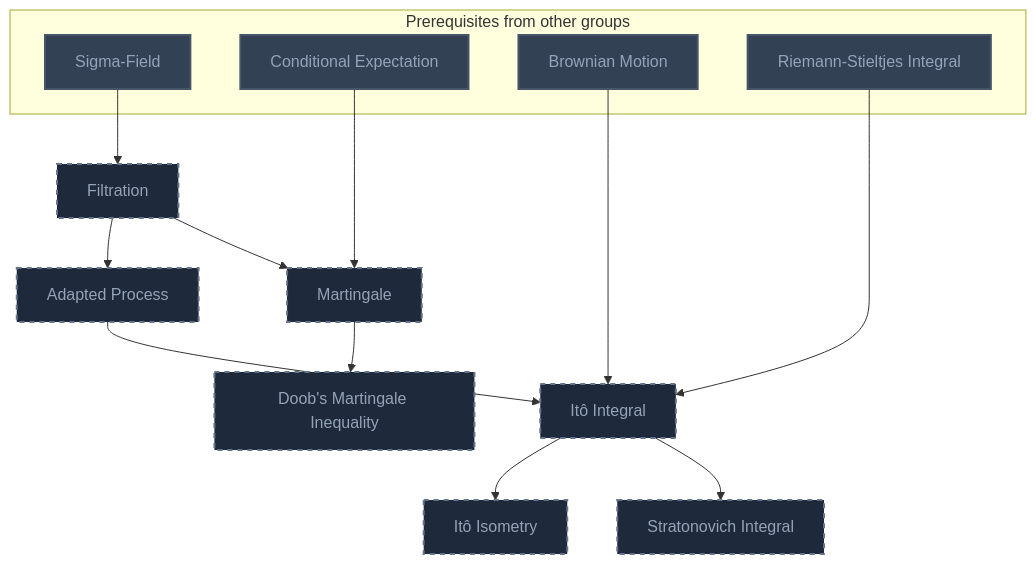
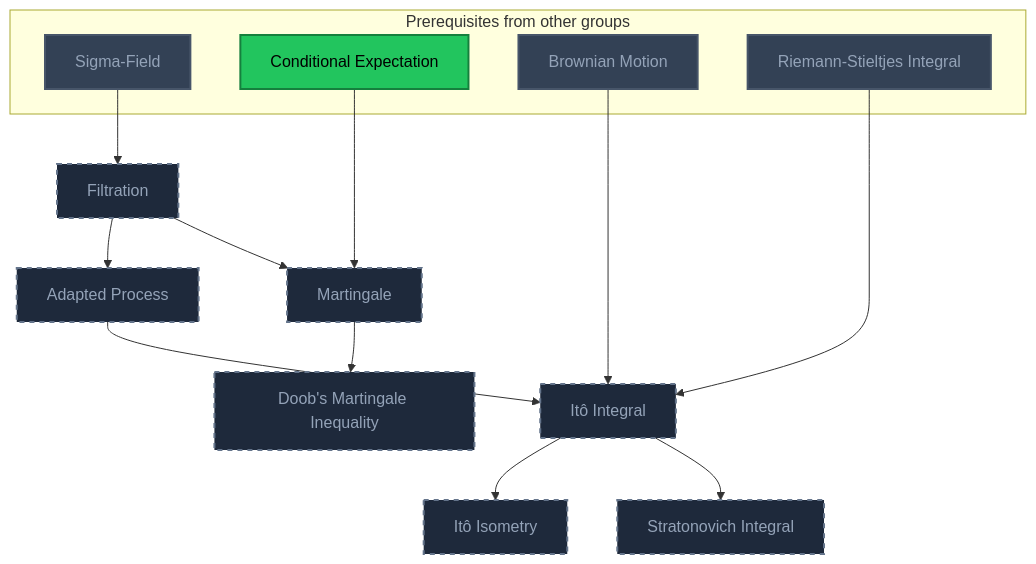
The second of 11 diagrams in Gamification/Skill Trees/Stochastic Differential Equations.md (MRauf1/My-Notes), drawn with Mermaid before and after one commit. The commit also changed other lines of this file and 42 other files, not shown here.

````diff
--- a/Gamification/Skill Trees/Stochastic Differential Equations.md
+++ b/Gamification/Skill Trees/Stochastic Differential Equations.md
@@ -50,38 +50,39 @@
 ```mermaid
 flowchart TD
     classDef planned fill:#1E293B,stroke:#64748B,stroke-width:2px,stroke-dasharray:5 5,color:#94A3B8;
     classDef locked fill:#334155,stroke:#475569,stroke-width:2px,color:#94A3B8;
     classDef L0 fill:#F1F5F9,stroke:#94A3B8,stroke-width:2px,color:#000000;
     classDef L1 fill:#22C55E,stroke:#15803D,stroke-width:2px,color:#000000;
     classDef L2 fill:#3B82F6,stroke:#1D4ED8,stroke-width:3px,color:#FFFFFF;
     classDef L3 fill:#A855F7,stroke:#6B21A8,stroke-width:3px,color:#FFFFFF,font-weight:bold;
     classDef L4 fill:#F97316,stroke:#C2410C,stroke-width:4px,color:#000000,font-weight:bold;
     classDef L5 fill:#FFD700,stroke:#FF8C00,stroke-width:5px,color:#000000,font-weight:bold;
     classDef rusty stroke:#8B4513,stroke-width:4px,stroke-dasharray:3 3;
     subgraph sg_prereqs["Prerequisites from other groups"]
         n_sigma_field["Sigma-Field"]
         n_conditional_expectation["Conditional Expectation"]
         n_brownian_motion["Brownian Motion"]
         n_riemann_stieltjes_integral["Riemann-Stieltjes Integral"]
     end
     n_filtration["Filtration"]
     n_adapted_process["Adapted Process"]
     n_martingale["Martingale"]
     n_doob_s_martingale_inequality["Doob's Martingale Inequality"]
     n_it_integral["Itô Integral"]
     n_it_isometry["Itô Isometry"]
     n_stratonovich_integral["Stratonovich Integral"]
     n_sigma_field --> n_filtration
     n_filtration --> n_adapted_process
     n_filtration --> n_martingale
     n_conditional_expectation --> n_martingale
     n_martingale --> n_doob_s_martingale_inequality
     n_brownian_motion --> n_it_integral
     n_adapted_process --> n_it_integral
     n_riemann_stieltjes_integral --> n_it_integral
     n_it_integral --> n_it_isometry
     n_it_integral --> n_stratonovich_integral
     class n_filtration,n_adapted_process,n_martingale,n_doob_s_martingale_inequality,n_it_integral,n_it_isometry,n_stratonovich_integral planned;
-    class n_sigma_field,n_conditional_expectation,n_brownian_motion,n_riemann_stieltjes_integral locked;
+    class n_sigma_field,n_brownian_motion,n_riemann_stieltjes_integral locked;
+    class n_conditional_expectation L1;
     class n_sigma_field,n_conditional_expectation,n_brownian_motion,n_riemann_stieltjes_integral internal-link;
 ```
````
